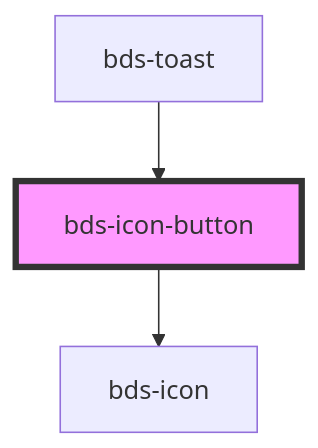
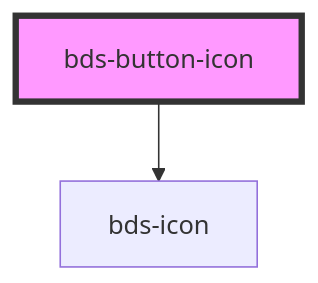
One commit to takenet/blip-ds changed the diagram in src/components/icon-button/readme.md. Above: the diagram before and after it, drawn with Mermaid. The commit also changed other lines of this file and 12 other files, not shown here.

````diff
--- a/src/components/icon-button/readme.md
+++ b/src/components/icon-button/readme.md
@@ -29,6 +25,5 @@
 ```mermaid
 graph TD;
-  bds-icon-button --> bds-icon
-  bds-toast --> bds-icon-button
-  style bds-icon-button fill:#f9f,stroke:#333,stroke-width:4px
+  bds-button-icon --> bds-icon
+  style bds-button-icon fill:#f9f,stroke:#333,stroke-width:4px
 ```
````
